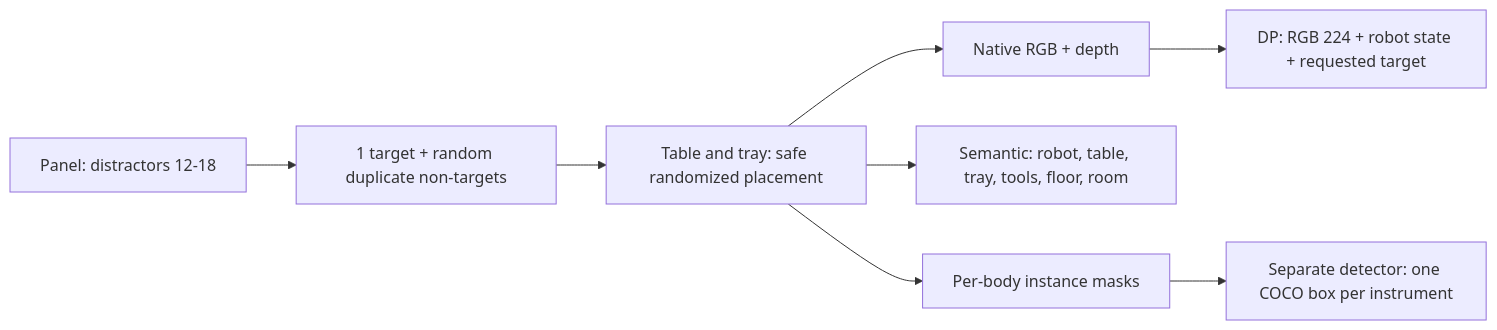
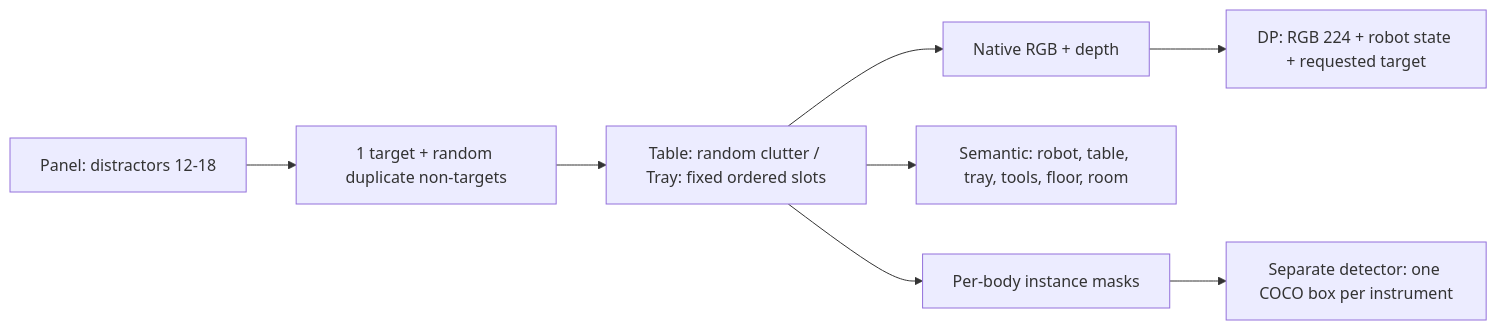
Before and after one commit to angelinemar/NSTC-Surgical-Instrument-Pick-Place: the diagram in README.md, drawn with Mermaid. The commit also changed other lines of this file and 5 other files, not shown here.

Commit message:
Keep randomized duplicate distractors off the ordered tray

````diff
--- a/README.md
+++ b/README.md
@@ -46,10 +46,10 @@
 ```mermaid
 flowchart LR
     P[Panel: distractors 12-18] --> S[1 target + random duplicate non-targets]
-    S --> T[Table and tray: safe randomized placement]
+    S --> T[Table: random clutter / Tray: fixed ordered slots]
     T --> R[Native RGB + depth]
     T --> L[Semantic: robot, table, tray, tools, floor, room]
     T --> I[Per-body instance masks]
     I --> D[Separate detector: one COCO box per instrument]
     R --> DP[DP: RGB 224 + robot state + requested target]
 ```
````
